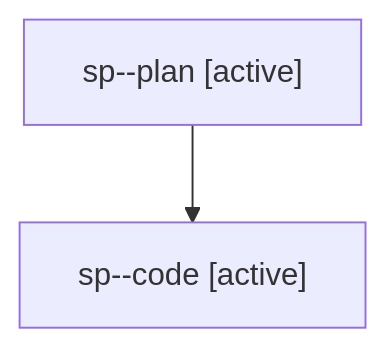
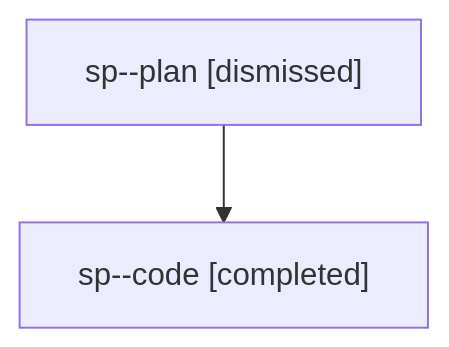
The diagram in families/bbugyi200.athena.sp.md (sase-org/sase--agents), drawn with Mermaid before and after one commit. The commit also changed other lines of this file and 5813 other files, not shown here.

````diff
--- a/families/bbugyi200.athena.sp.md
+++ b/families/bbugyi200.athena.sp.md
@@ -9,6 +9,6 @@
 ```mermaid
 flowchart TD
-  n0["sp--plan [active]"]
-  n1["sp--code [active]"]
+  n0["sp--plan [dismissed]"]
+  n1["sp--code [completed]"]
   n0 --> n1
 ```
````
